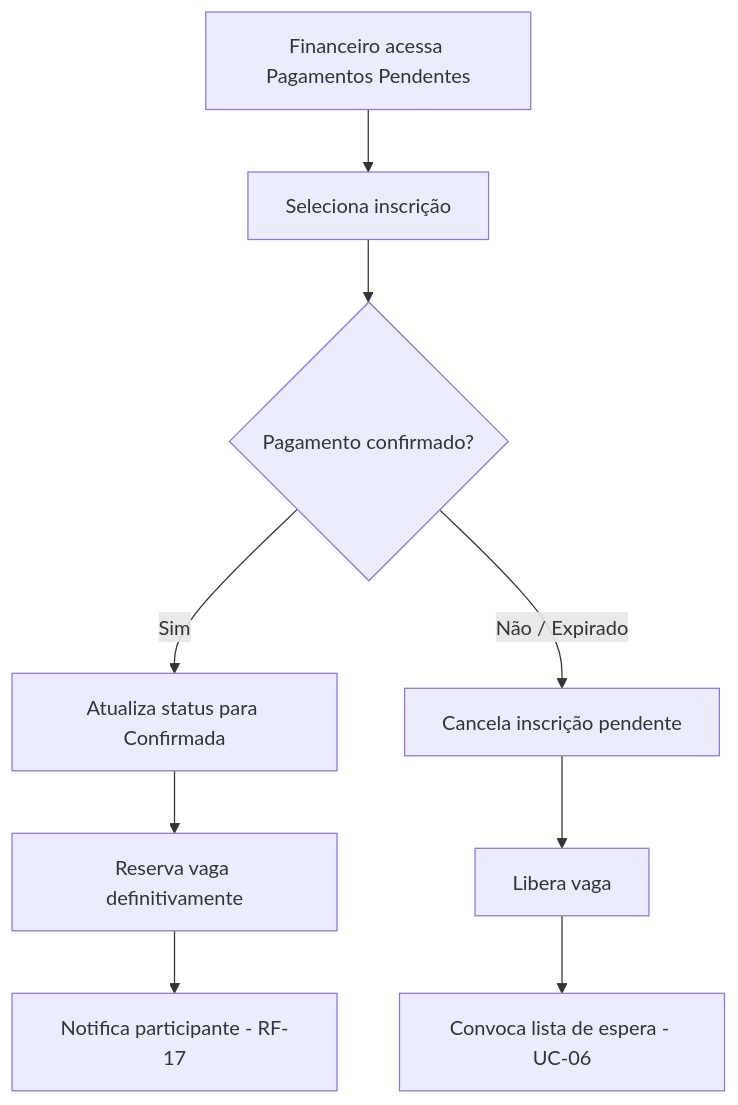
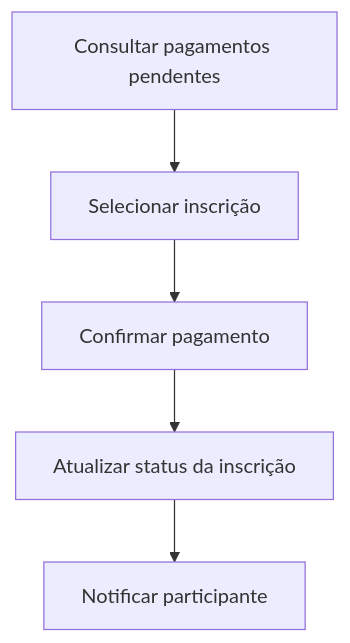
Before and after one commit to felipe-globo/engenharia-requisitos-genai: the fourth of 7 diagrams in especificacao/prototipos-e-fluxos.md, drawn with Mermaid. The commit also changed other lines of this file, not shown here.

First line of the commit message:
docs: simplify prototypes and flows to main path diagrams

````diff
--- a/especificacao/prototipos-e-fluxos.md
+++ b/especificacao/prototipos-e-fluxos.md
@@ -100,11 +58,7 @@
 ```mermaid
 flowchart TD
-    A[Financeiro acessa Pagamentos Pendentes] --> B[Seleciona inscrição]
-    B --> C{Pagamento confirmado?}
-    C -->|Sim| D[Atualiza status para Confirmada]
-    D --> E[Reserva vaga definitivamente]
-    E --> F[Notifica participante - RF-17]
-    C -->|Não / Expirado| G[Cancela inscrição pendente]
-    G --> H[Libera vaga]
-    H --> I[Convoca lista de espera - UC-06]
+    A[Consultar pagamentos pendentes] --> B[Selecionar inscrição]
+    B --> C[Confirmar pagamento]
+    C --> D[Atualizar status da inscrição]
+    D --> E[Notificar participante]
 ```
````
